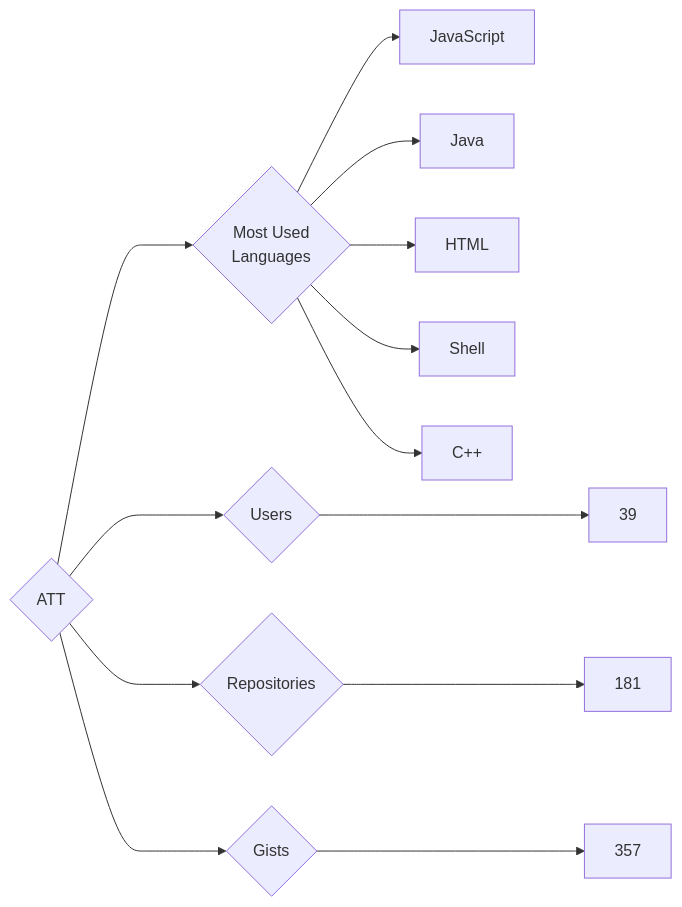
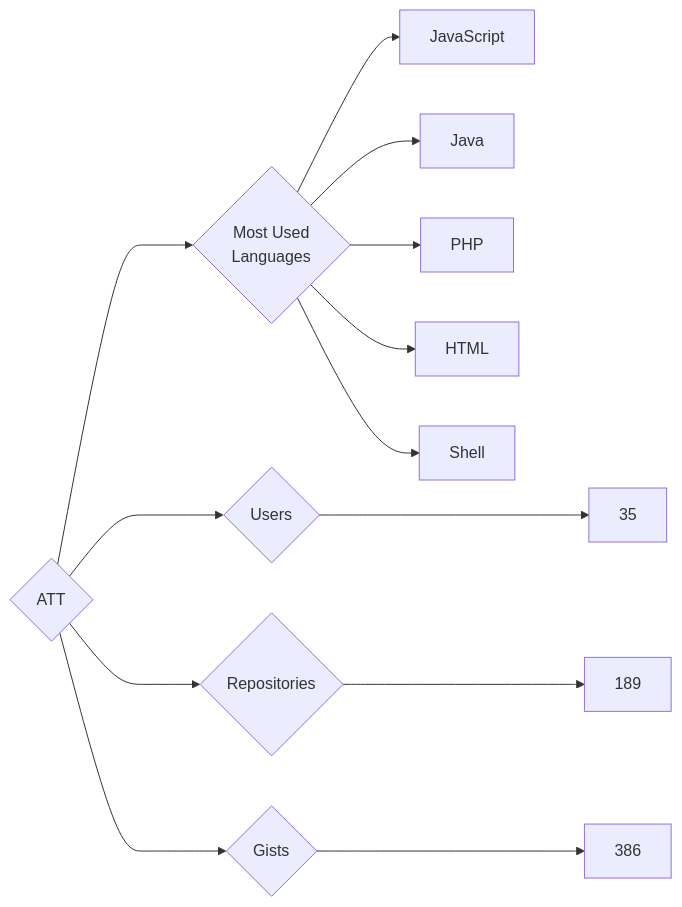
One commit to trickest/insiders changed the diagram in targets/ATT/README.md. Above: the diagram before and after it, drawn with Mermaid. The commit also changed 777 other files, not shown here.

````diff
--- a/targets/ATT/README.md
+++ b/targets/ATT/README.md
@@ -3,13 +3,13 @@
 ```mermaid
 graph LR
 COMPANY_NAME{ATT}
-COMPANY_NAME ---> U{Users} ---> UN[39]
-COMPANY_NAME ---> R{Repositories} ---> RN[181]
-COMPANY_NAME ---> G{Gists} ---> GN[357]
+COMPANY_NAME ---> U{Users} ---> UN[35]
+COMPANY_NAME ---> R{Repositories} ---> RN[189]
+COMPANY_NAME ---> G{Gists} ---> GN[386]
 COMPANY_NAME ---> ML{Most Used<br>Languages}
 ML --> JavaScript[JavaScript]
 ML --> Java[Java]
+ML --> PHP[PHP]
 ML --> HTML[HTML]
 ML --> Shell[Shell]
-ML --> C++[C++]
 ```
````
